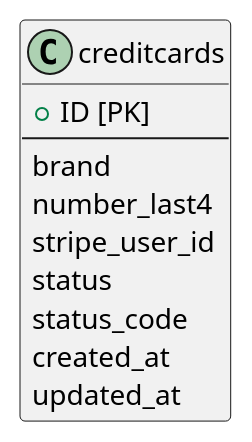
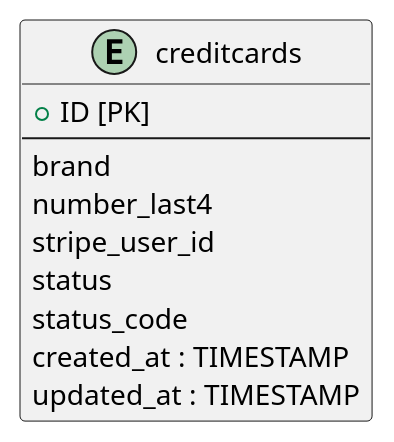
The diagram in db/creditcards.pu (mybz-inc/sneaker), drawn with PlantUML before and after one commit. The commit also changed 6 other files, not shown here.

```diff
--- a/db/creditcards.pu
+++ b/db/creditcards.pu
@@ -1,13 +1,13 @@
 @startuml creditcards
-class creditcards {
+entity creditcards {
   + ID [PK]
   --
   brand
   number_last4
   stripe_user_id
   status
   status_code
-  created_at
-  updated_at
+  created_at : TIMESTAMP
+  updated_at : TIMESTAMP
 }
 @enduml
```
